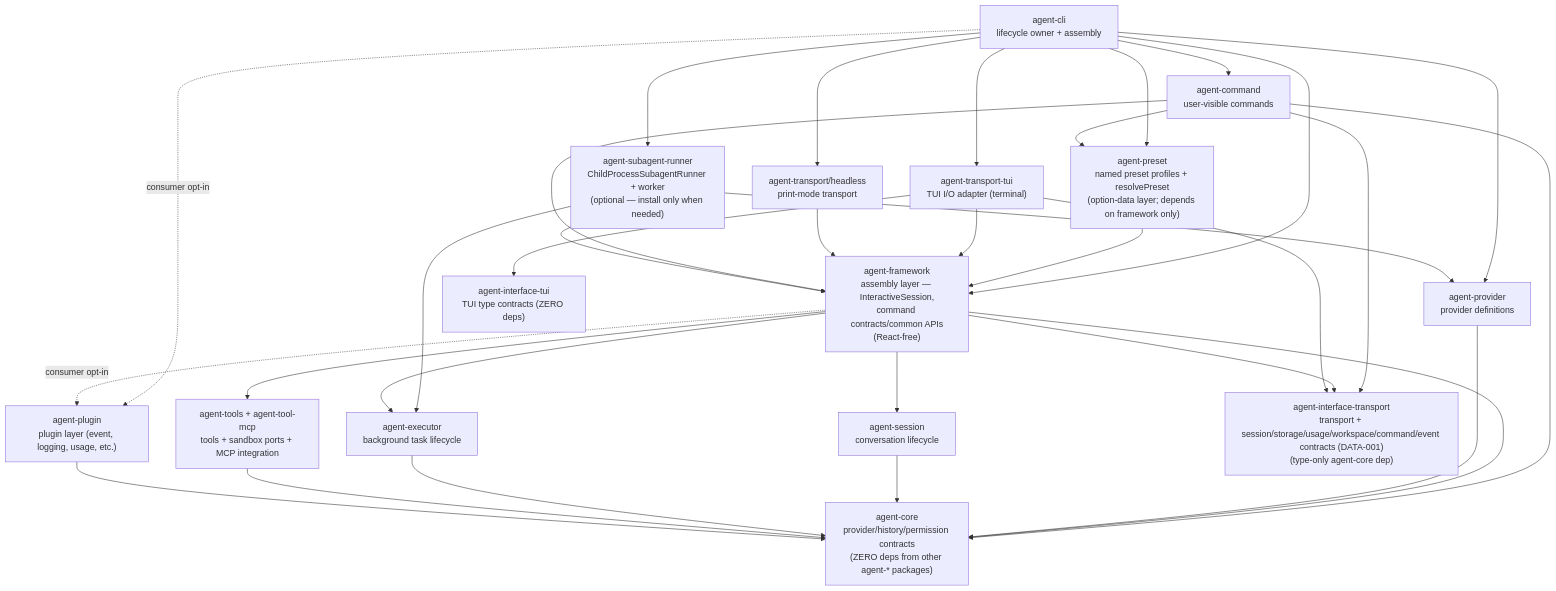
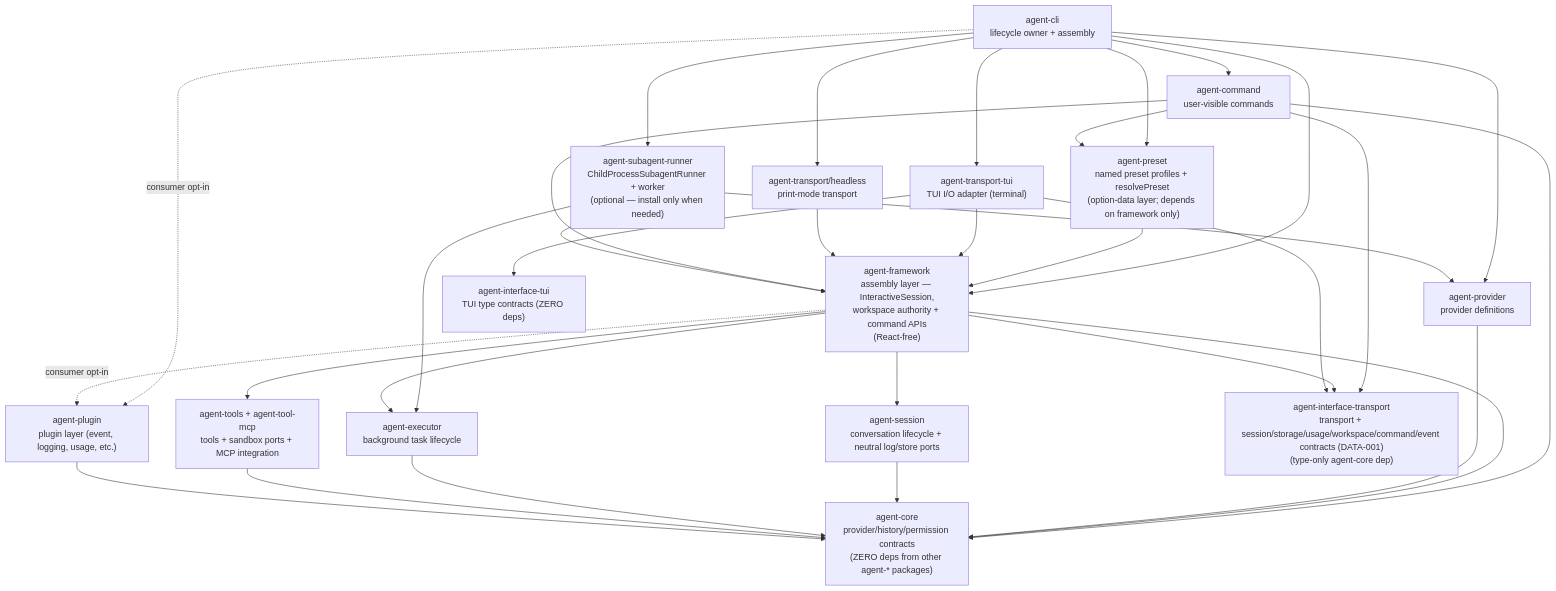
One commit to woojubb/robota changed the first of 2 diagrams in .agents/specs/architecture-map/agent-system.md. Above: the diagram before and after it, drawn with Mermaid. The commit also changed other lines of this file and 98 other files, not shown here.

Commit message:
feat(framework): complete explicit project authority migration

````diff
--- a/.agents/specs/architecture-map/agent-system.md
+++ b/.agents/specs/architecture-map/agent-system.md
@@ -9,50 +9,50 @@
 ```mermaid
 flowchart TD
   AgentCLI["agent-cli\nlifecycle owner + assembly"]
   TuiTransport["agent-transport-tui\nTUI I/O adapter (terminal)"]
   Headless["agent-transport/headless\nprint-mode transport"]
   Commands["agent-command\nuser-visible commands"]
-  Framework["agent-framework\nassembly layer — InteractiveSession,\ncommand contracts/common APIs\n(React-free)"]
+  Framework["agent-framework\nassembly layer — InteractiveSession,\nworkspace authority + command APIs\n(React-free)"]
   Preset["agent-preset\nnamed preset profiles + resolvePreset\n(option-data layer; depends on framework only)"]
-  Sessions["agent-session\nconversation lifecycle"]
+  Sessions["agent-session\nconversation lifecycle + neutral log/store ports"]
   Executor["agent-executor\nbackground task lifecycle"]
   Tools["agent-tools + agent-tool-mcp\ntools + sandbox ports + MCP integration"]
   Core["agent-core\nprovider/history/permission contracts\n(ZERO deps from other agent-* packages)"]
   Providers["agent-provider\nprovider definitions"]
   SubagentRunner["agent-subagent-runner\nChildProcessSubagentRunner + worker\n(optional — install only when needed)"]
   Plugins["agent-plugin\nplugin layer (event, logging, usage, etc.)"]
   IfaceTransport["agent-interface-transport\ntransport + session/storage/usage/workspace/command/event contracts (DATA-001)\n(type-only agent-core dep)"]
   IfaceTui["agent-interface-tui\nTUI type contracts (ZERO deps)"]
 
   AgentCLI --> TuiTransport
   AgentCLI --> Framework
   AgentCLI --> Commands
   AgentCLI --> Providers
   AgentCLI --> Headless
   AgentCLI --> SubagentRunner
   AgentCLI --> Preset
   Commands --> Preset
   Preset --> Framework
   TuiTransport --> Framework
   AgentCLI -. "consumer opt-in" .-> Plugins
   Headless --> Framework
   Commands --> Framework
   Commands --> Core
   Commands --> IfaceTransport
   SubagentRunner --> Framework
   SubagentRunner --> Executor
   SubagentRunner --> Providers
   Framework --> Sessions
   Framework --> Executor
   Framework --> Tools
   Framework --> Core
   Framework -. "consumer opt-in" .-> Plugins
   Providers --> Core
   Sessions --> Core
   Executor --> Core
   Tools --> Core
   Plugins --> Core
   Framework --> IfaceTransport
   TuiTransport --> IfaceTransport
   TuiTransport --> IfaceTui
 ```
````
